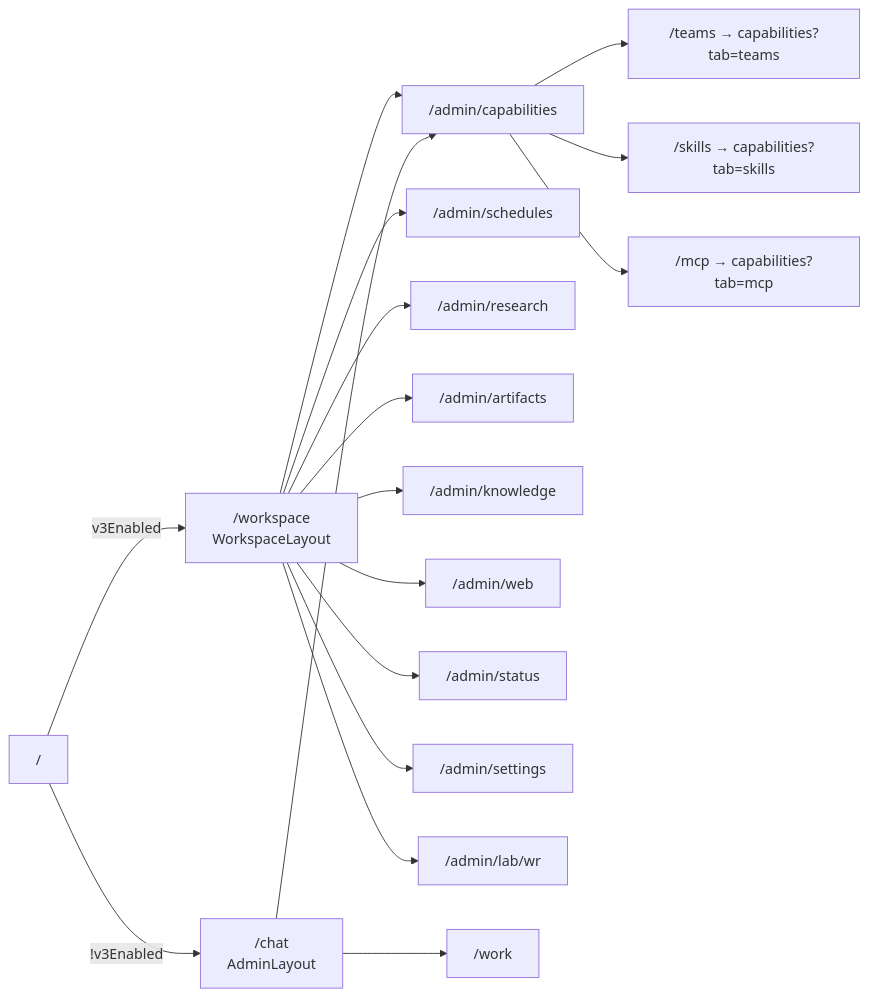
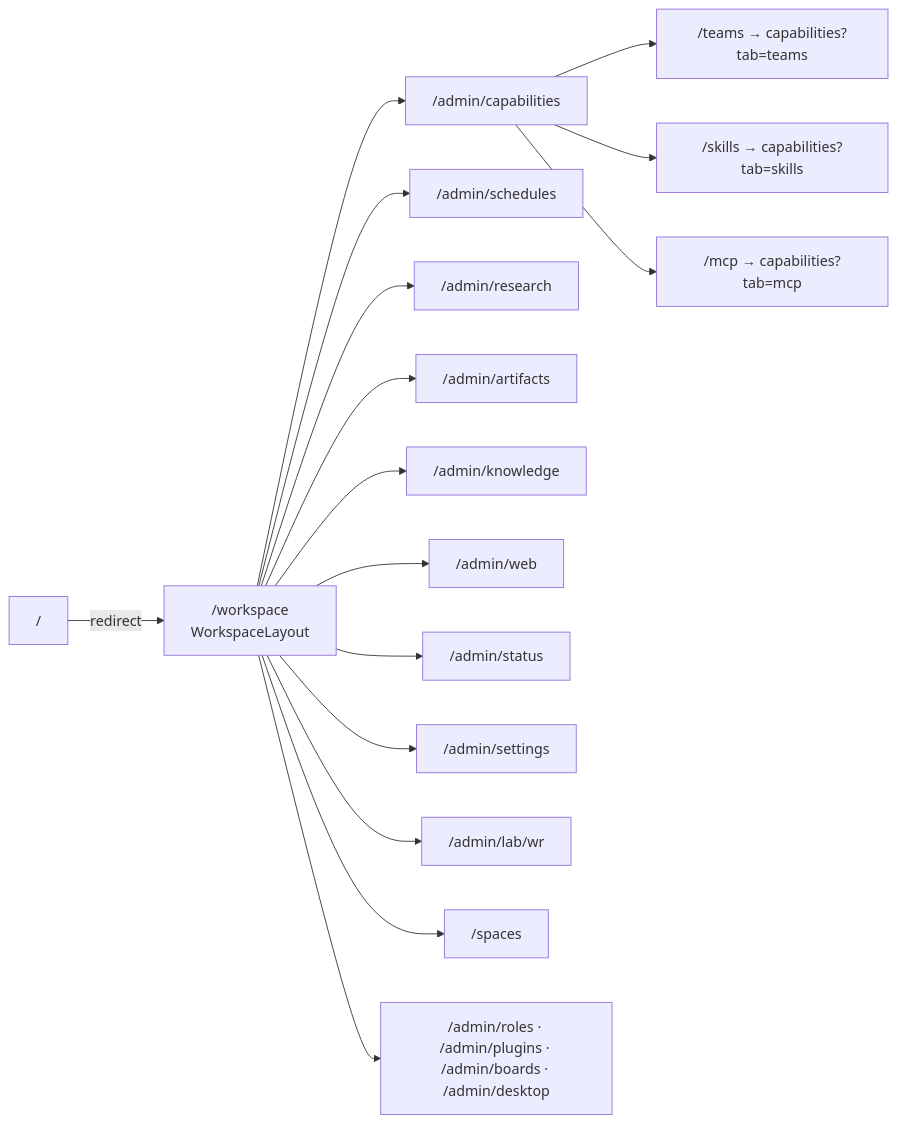
Before and after one commit to lzptouch/agent-platform: the fourth of 4 diagrams in doc/analysis/01_架构总览.md, drawn with Mermaid. The commit also changed other lines of this file and 514 other files, not shown here.

````diff
--- a/doc/analysis/01_架构总览.md
+++ b/doc/analysis/01_架构总览.md
@@ -220,19 +246,18 @@
 ```mermaid
 flowchart LR
-    R0["/"] -->|v3Enabled| R1["/workspace<br/>WorkspaceLayout"]
-    R0 -->|!v3Enabled| R2["/chat<br/>AdminLayout"]
+    R0["/"] -->|redirect| R1["/workspace<br/>WorkspaceLayout"]
     R1 --> R3["/admin/capabilities"]
     R1 --> R4["/admin/schedules"]
     R1 --> R5["/admin/research"]
     R1 --> R6["/admin/artifacts"]
     R1 --> R7["/admin/knowledge"]
     R1 --> R8["/admin/web"]
     R1 --> R9["/admin/status"]
     R1 --> R10["/admin/settings"]
     R1 --> R11["/admin/lab/wr"]
-    R2 --> R3
-    R2 --> R12["/work"]
-    R3 --> R13["/teams → capabilities?tab=teams"]
-    R3 --> R14["/skills → capabilities?tab=skills"]
-    R3 --> R15["/mcp → capabilities?tab=mcp"]
+    R1 --> R12["/spaces"]
+    R1 --> R13["/admin/roles · /admin/plugins · /admin/boards · /admin/desktop"]
+    R3 --> R14["/teams → capabilities?tab=teams"]
+    R3 --> R15["/skills → capabilities?tab=skills"]
+    R3 --> R16["/mcp → capabilities?tab=mcp"]
 ```
````
